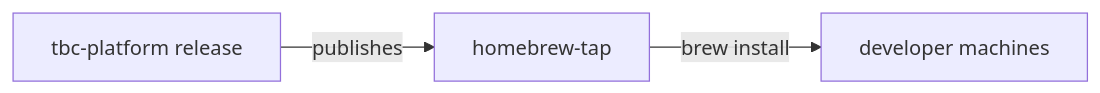
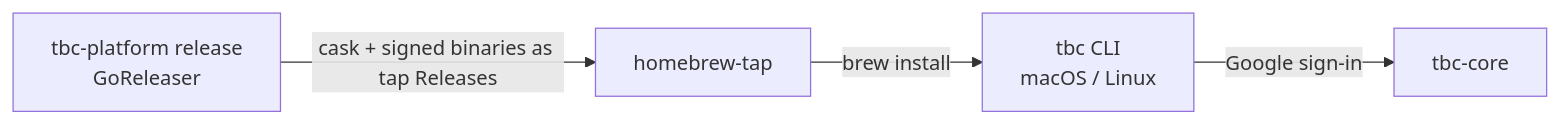
One commit to Two-Bear-Capital/homebrew-tap changed the diagram in README.md. Above: the diagram before and after it, drawn with Mermaid. The commit also changed other lines of this file, not shown here.

Commit message:
docs: correct the architecture diagrams to match the code

````diff
--- a/README.md
+++ b/README.md
@@ -19,5 +20,6 @@
 ```mermaid
 flowchart LR
-    Platform[tbc-platform release] -->|publishes| Tap[homebrew-tap]
-    Tap -->|brew install| Dev[developer machines]
+    Platform["tbc-platform release<br/>GoReleaser"] -->|"cask + signed binaries as tap Releases"| Tap[homebrew-tap]
+    Tap -->|brew install| Dev["tbc CLI<br/>macOS / Linux"]
+    Dev -->|"Google sign-in"| Core[tbc-core]
 ```
````
